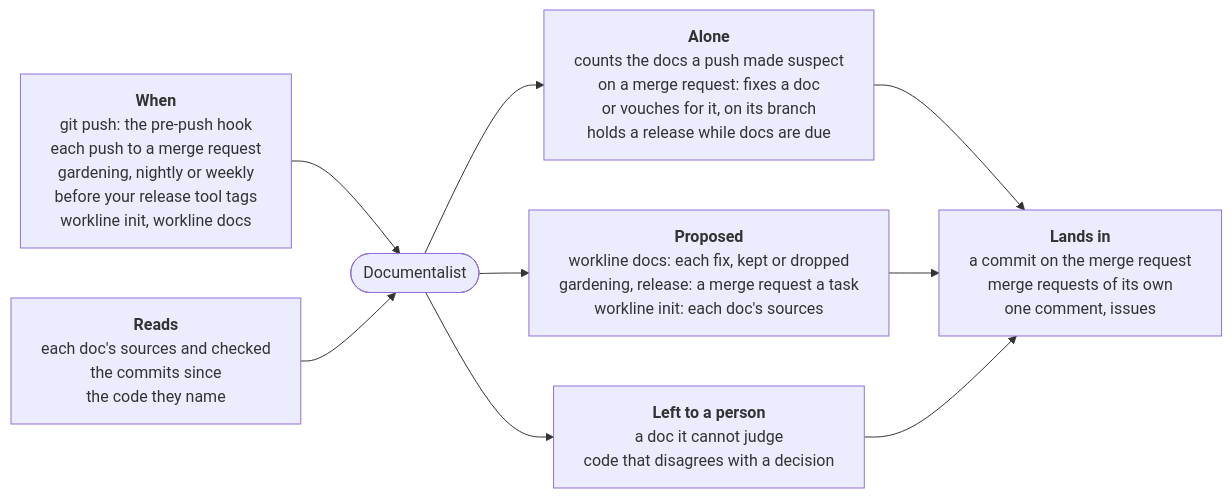
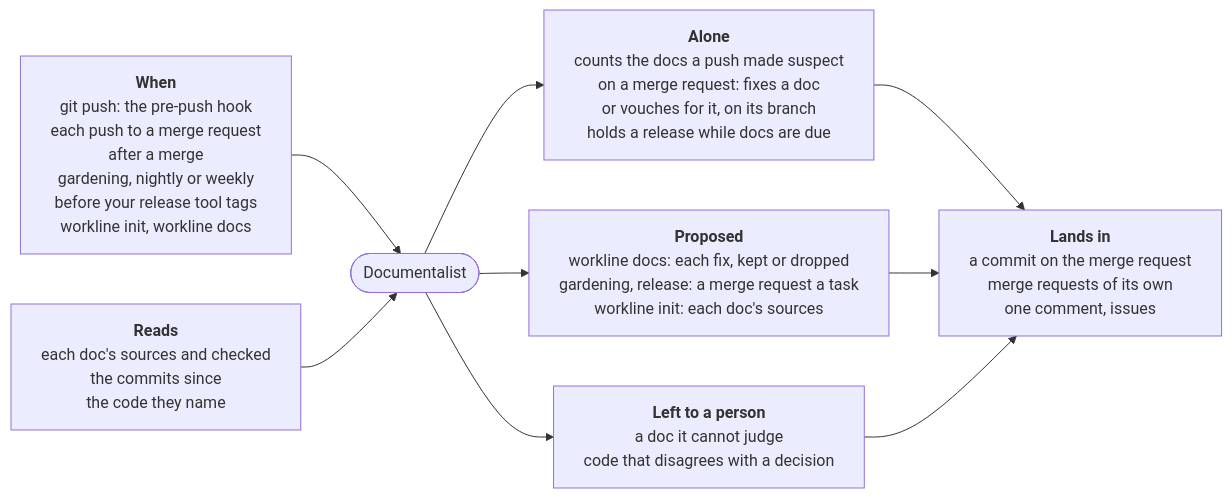
One commit to JN0V/workline changed the diagram in roles/documentalist/README.md. Above: the diagram before and after it, drawn with Mermaid. The commit also changed other lines of this file and 101 other files, not shown here.

````diff
--- a/roles/documentalist/README.md
+++ b/roles/documentalist/README.md
@@ -9,16 +9,16 @@
 ```mermaid
 %%{init: {"flowchart": {"wrappingWidth": 400}}}%%
 flowchart LR
-  when["<b>When</b><br/>git push: the pre-push hook<br/>each push to a merge request<br/>gardening, nightly or weekly<br/>before your release tool tags<br/>workline init, workline docs"]
+  when["<b>When</b><br/>git push: the pre-push hook<br/>each push to a merge request<br/>after a merge<br/>gardening, nightly or weekly<br/>before your release tool tags<br/>workline init, workline docs"]
   reads["<b>Reads</b><br/>each doc's sources and checked<br/>the commits since<br/>the code they name"]
   role(["Documentalist"])
   alone["<b>Alone</b><br/>counts the docs a push made suspect<br/>on a merge request: fixes a doc<br/>or vouches for it, on its branch<br/>holds a release while docs are due"]
   proposed["<b>Proposed</b><br/>workline docs: each fix, kept or dropped<br/>gardening, release: a merge request a task<br/>workline init: each doc's sources"]
   person["<b>Left to a person</b><br/>a doc it cannot judge<br/>code that disagrees with a decision"]
   out["<b>Lands in</b><br/>a commit on the merge request<br/>merge requests of its own<br/>one comment, issues"]
   when --> role
   reads --> role
   role --> alone --> out
   role --> proposed --> out
   role --> person --> out
 ```
````
